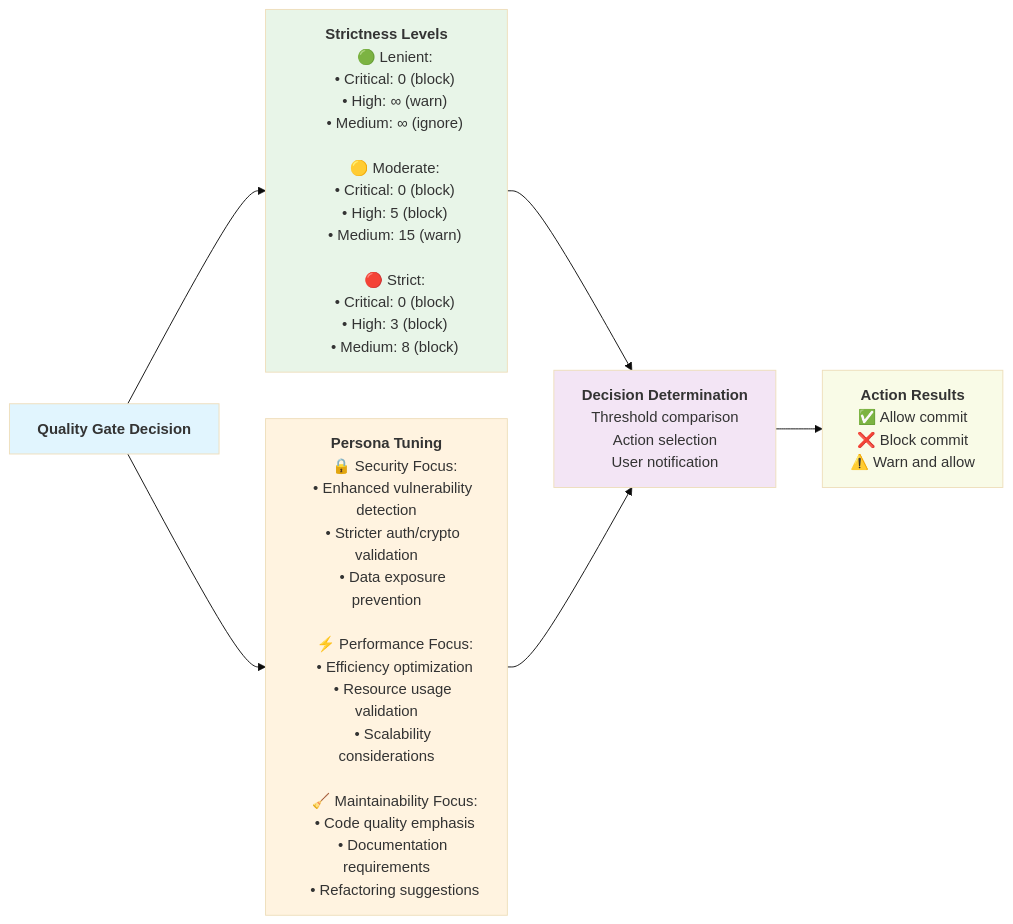
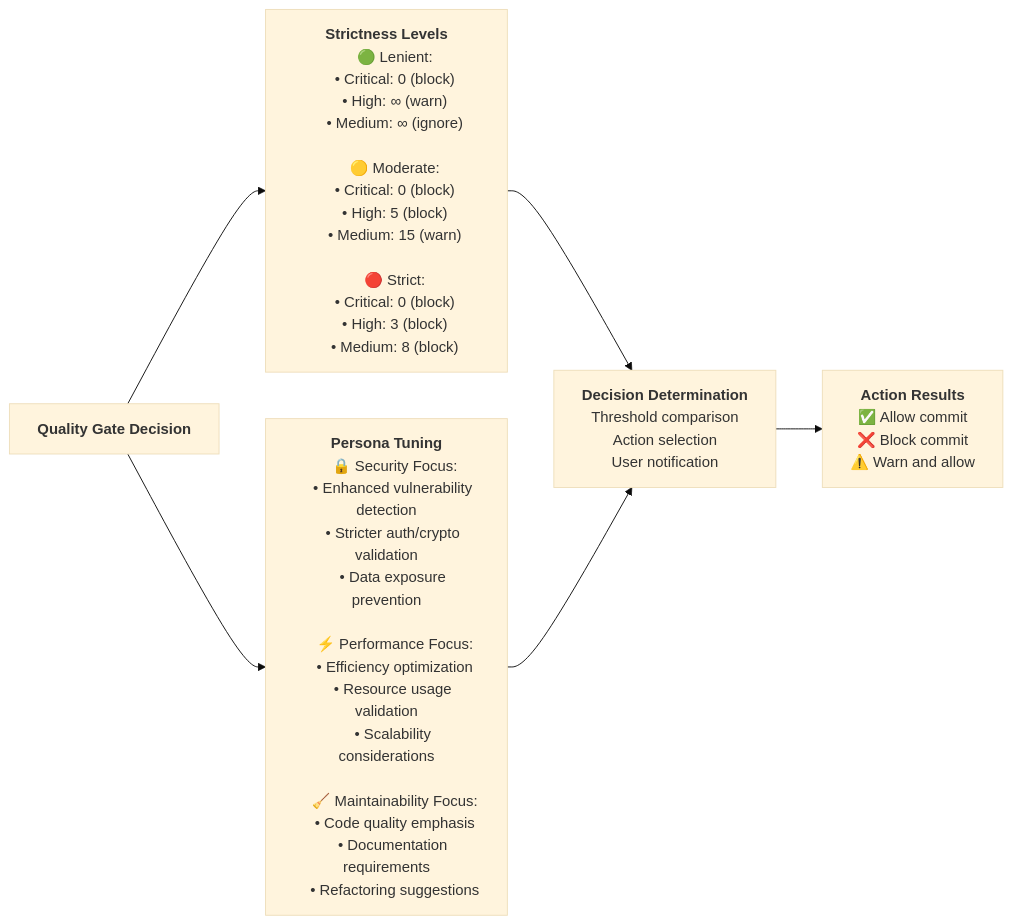
Before and after one commit to geogoesbeepboop/mastro: the fourth of 10 diagrams in docs/diagrams/mastro-hooks-flow.md, drawn with Mermaid (base theme). The commit also changed other lines of this file and 5 other files, not shown here.

First line of the commit message:
docs: update analytics and flow diagrams for clarity

````diff
--- a/docs/diagrams/mastro-hooks-flow.md
+++ b/docs/diagrams/mastro-hooks-flow.md
@@ -194,54 +200,56 @@
 ```mermaid
+
 graph LR
     QGD["`**Quality Gate Decision**`"] --> SL["`**Strictness Levels**
     
     🟢 Lenient:
     • Critical: 0 (block)
     • High: ∞ (warn)
     • Medium: ∞ (ignore)
     
     🟡 Moderate:
     • Critical: 0 (block)
     • High: 5 (block)
     • Medium: 15 (warn)
     
     🔴 Strict:
     • Critical: 0 (block)
     • High: 3 (block)
     • Medium: 8 (block)`"]
     
     QGD --> PT["`**Persona Tuning**
     
     🔒 Security Focus:
     • Enhanced vulnerability detection
     • Stricter auth/crypto validation
     • Data exposure prevention
     
     ⚡ Performance Focus:
     • Efficiency optimization
     • Resource usage validation
     • Scalability considerations
     
     🧹 Maintainability Focus:
     • Code quality emphasis
     • Documentation requirements
     • Refactoring suggestions`"]
     
     SL --> DD["`**Decision Determination**
     Threshold comparison
     Action selection
     User notification`"]
     
     PT --> DD
     
     DD --> AR["`**Action Results**
     ✅ Allow commit
     ❌ Block commit
     ⚠️ Warn and allow`"]
 
-    style QGD fill:#e1f5fe
-    style SL fill:#e8f5e8
-    style PT fill:#fff3e0
-    style DD fill:#f3e5f5
-    style AR fill:#f9fbe7
+    style QGD fill:#e1f5fe color:#000000
+    style SL fill:#e8f5e8 color:#000000
+    style PT fill:#fff3e0 color:#000000
+    style DD fill:#f3e5f5 color:#000000
+    style AR fill:#f9fbe7 color:#000000
+
 ```
````
